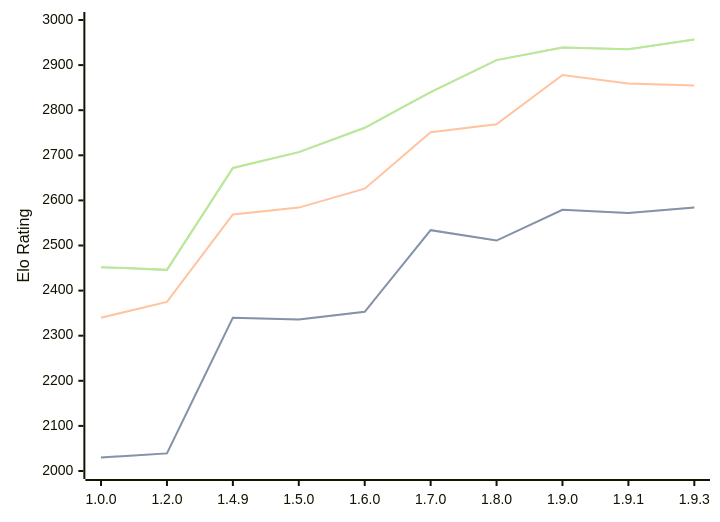
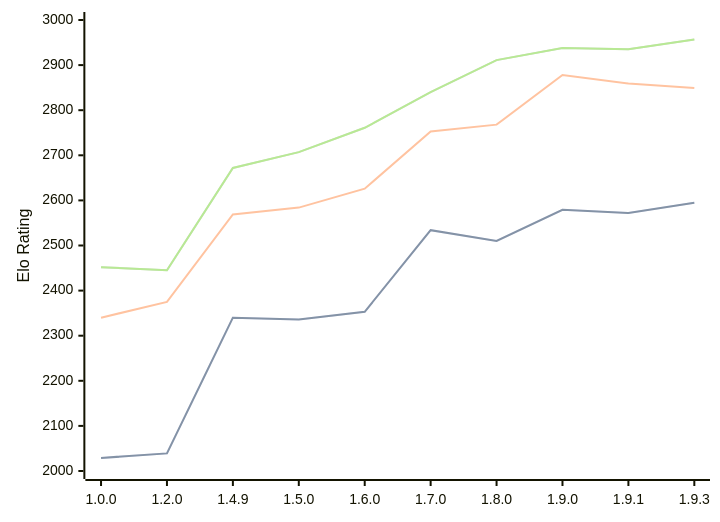
One commit to computer-chess-index/cci changed the diagram in engines/Basilisk.md. Above: the diagram before and after it, drawn with Mermaid. The commit also changed other lines of this file, not shown here.

Commit message:
Update CCI Ratings (ELO VLTC) - 2026-08-07

````diff
--- a/engines/Basilisk.md
+++ b/engines/Basilisk.md
@@ -54,11 +54,11 @@
 ```mermaid
 %%{init: {"theme":"base","themeVariables":{"seriesColors:['#a3a3a3','#222221','#faa371']}}}%%
 xychart-beta
   x-axis ["1.0.0", "1.2.0", "1.4.9", "1.5.0", "1.6.0", "1.7.0", "1.8.0", "1.9.0", "1.9.1", "1.9.3"]
   y-axis "Elo Rating" 2000 --> 3000
-  line "STC (8.0+0.08s)" [2030, 2039, 2340, 2336, 2353, 2534, 2511, 2579, 2572, 2584]
-  line "STC (8.0+0.08s)" [2030, 2039, 2340, 2336, 2353, 2534, 2511, 2579, 2572, 2584]
-  line "LTC (60.0+0.60s)" [2340, 2375, 2569, 2584, 2626, 2751, 2769, 2878, 2859, 2855]
-  line "VLTC (2m24s+1.12s)" [2452, 2446, 2672, 2707, 2761, 2840, 2911, 2939, 2935, 2957]
-  line "VLTC (2m24s+1.12s)" [2452, 2446, 2672, 2707, 2761, 2840, 2911, 2939, 2935, 2957]
+  line "STC (8.0+0.08s)" [2029, 2039, 2340, 2336, 2353, 2534, 2510, 2579, 2572, 2595]
+  line "STC (8.0+0.08s)" [2029, 2039, 2340, 2336, 2353, 2534, 2510, 2579, 2572, 2595]
+  line "LTC (60.0+0.60s)" [2340, 2375, 2569, 2584, 2626, 2753, 2768, 2878, 2859, 2849]
+  line "VLTC (2m24s+1.12s)" [2452, 2445, 2672, 2707, 2761, 2840, 2911, 2938, 2935, 2957]
+  line "VLTC (2m24s+1.12s)" [2452, 2445, 2672, 2707, 2761, 2840, 2911, 2938, 2935, 2957]
 ```
````
